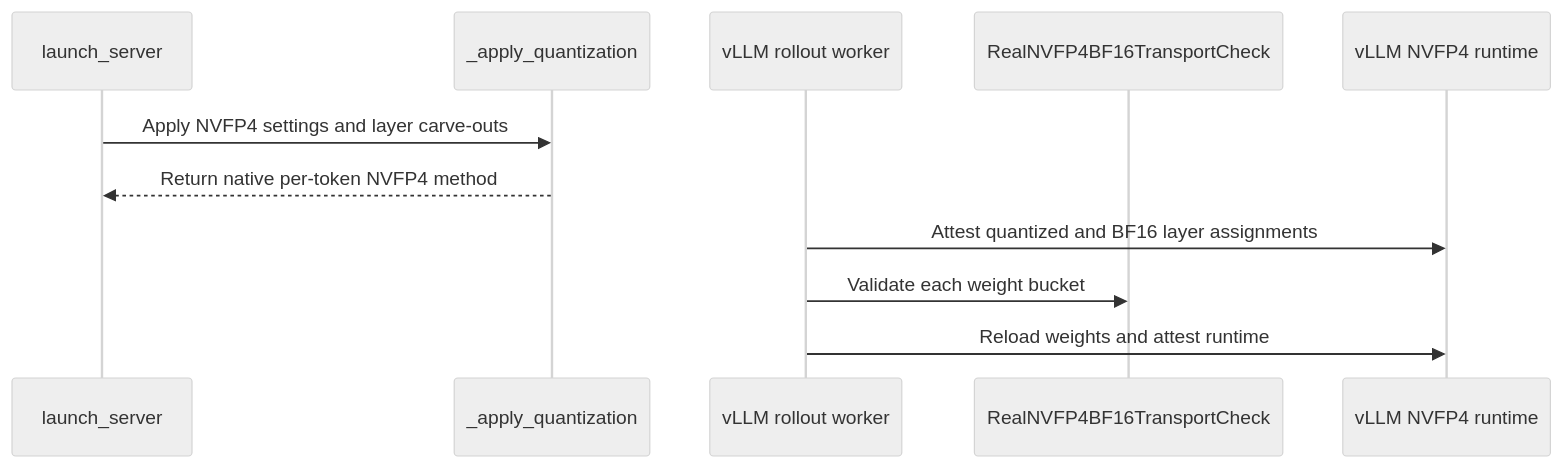
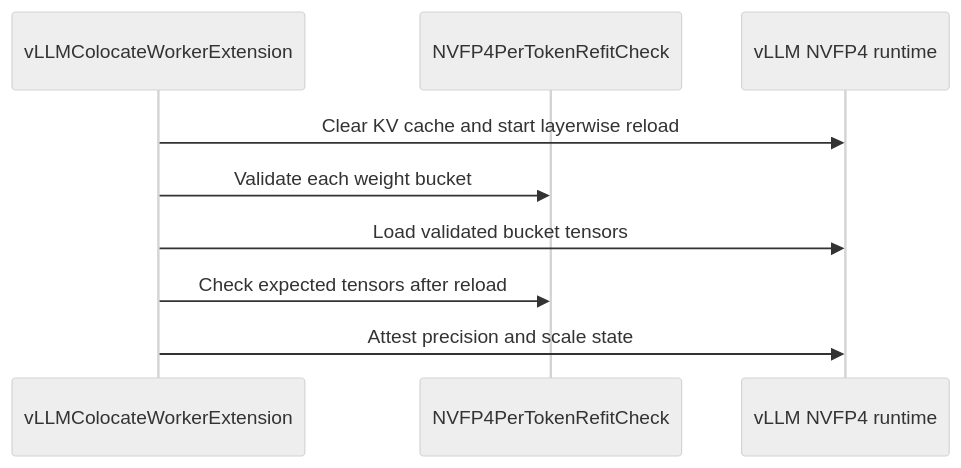
One commit to yuguo-Jack/HCU-TrainFlow changed the diagram in knowledge/projects/verl/knowledgebase/upstream/prs/verl-project--verl/PR-7971.md. Above: the diagram before and after it, drawn with Mermaid (neutral theme). The commit also changed other lines of this file and 42044 other files, not shown here.

````diff
--- a/knowledge/projects/verl/knowledgebase/upstream/prs/verl-project--verl/PR-7971.md
+++ b/knowledge/projects/verl/knowledgebase/upstream/prs/verl-project--verl/PR-7971.md
@@ -408,13 +869,11 @@
 ```mermaid
 sequenceDiagram
-  participant Server as launch_server
-  participant Quantization as _apply_quantization
-  participant Worker as vLLM rollout worker
-  participant Transport as RealNVFP4BF16TransportCheck
+  participant Worker as vLLMColocateWorkerExtension
+  participant Checker as NVFP4PerTokenRefitCheck
   participant Runtime as vLLM NVFP4 runtime
-  Server->>Quantization: Apply NVFP4 settings and layer carve-outs
-  Quantization-->>Server: Return native per-token NVFP4 method
-  Worker->>Runtime: Attest quantized and BF16 layer assignments
-  Worker->>Transport: Validate each weight bucket
-  Worker->>Runtime: Reload weights and attest runtime
+  Worker->>Runtime: Clear KV cache and start layerwise reload
+  Worker->>Checker: Validate each weight bucket
+  Worker->>Runtime: Load validated bucket tensors
+  Worker->>Checker: Check expected tensors after reload
+  Worker->>Runtime: Attest precision and scale state
 ```
````
